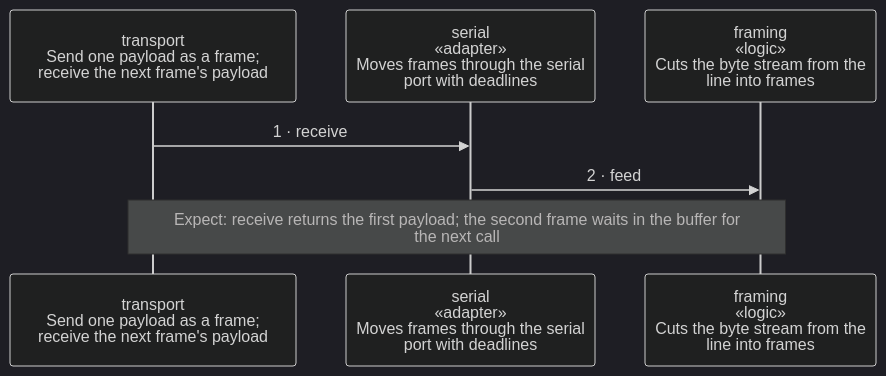
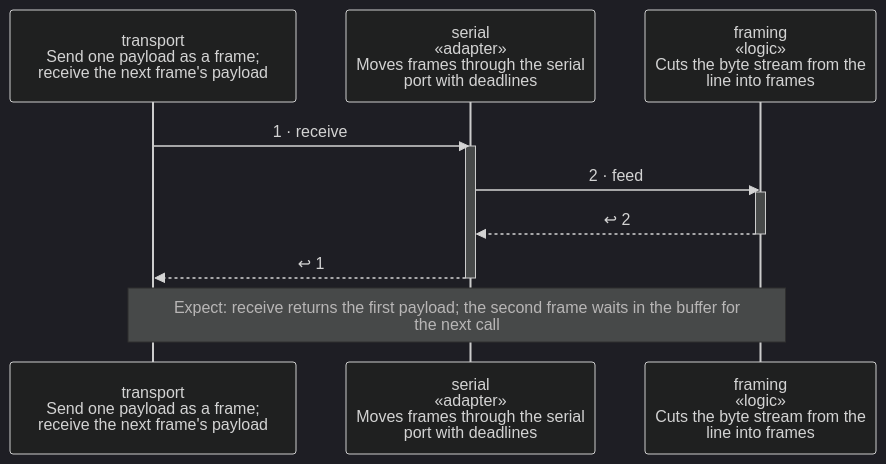
The diagram in examples/serial-line/transport/docs/diagrams/scenario-reassemble.md (wackazong/unifold), drawn with Mermaid (dark theme) before and after one commit. The commit also changed other lines of this file and 25 other files, not shown here.

````diff
--- a/examples/serial-line/transport/docs/diagrams/scenario-reassemble.md
+++ b/examples/serial-line/transport/docs/diagrams/scenario-reassemble.md
@@ -12,14 +12,20 @@
 ```mermaid
 ---
 config:
   sequence:
     height: 92
 ---
 sequenceDiagram
   participant ptransport as transport<br/>Send one payload as a frame#59;<br/>receive the next frame's payload
   participant pserial as serial<br/>«adapter»<br/>Moves frames through the serial<br/>port with deadlines
   participant pframing as framing<br/>«logic»<br/>Cuts the byte stream from the<br/>line into frames
   ptransport->>pserial: 1 · receive
+  activate pserial
   pserial->>pframing: 2 · feed
+  activate pframing
+  pframing-->>pserial: ↩ 2
+  deactivate pframing
+  pserial-->>ptransport: ↩ 1
+  deactivate pserial
   Note over ptransport,pframing: wrap: Expect: receive returns the first payload#59; the second frame waits in the buffer for the next call
 ```
````
